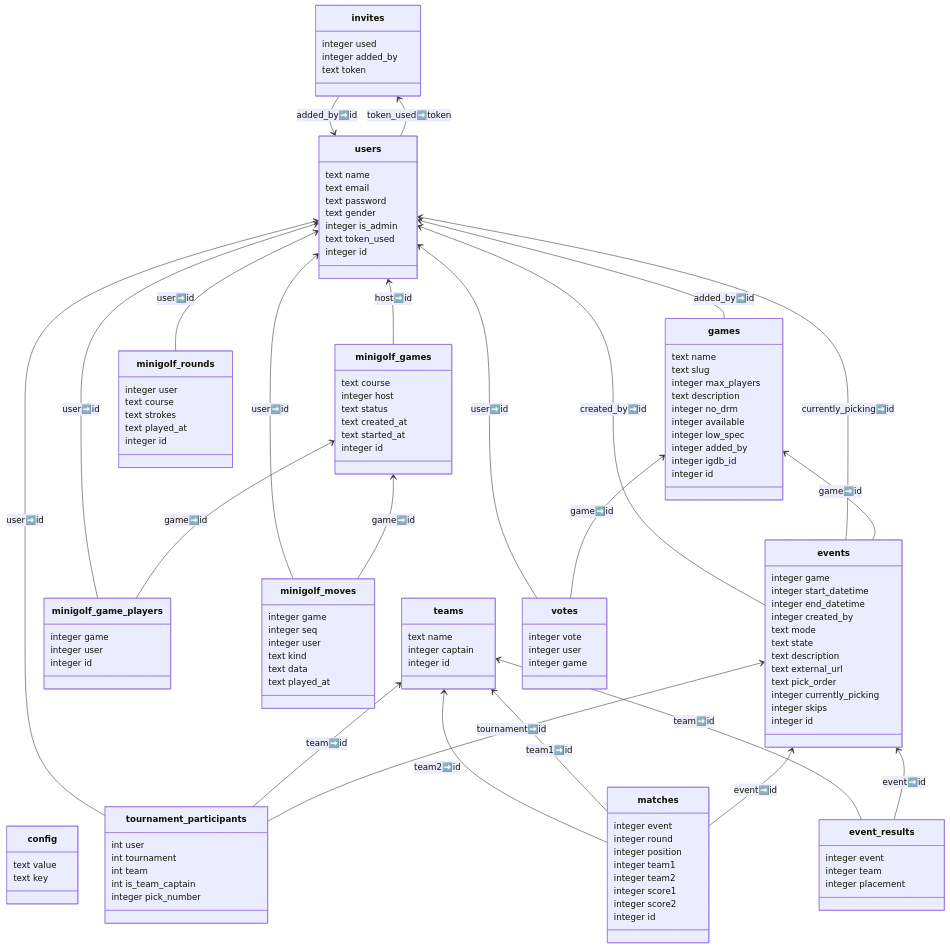
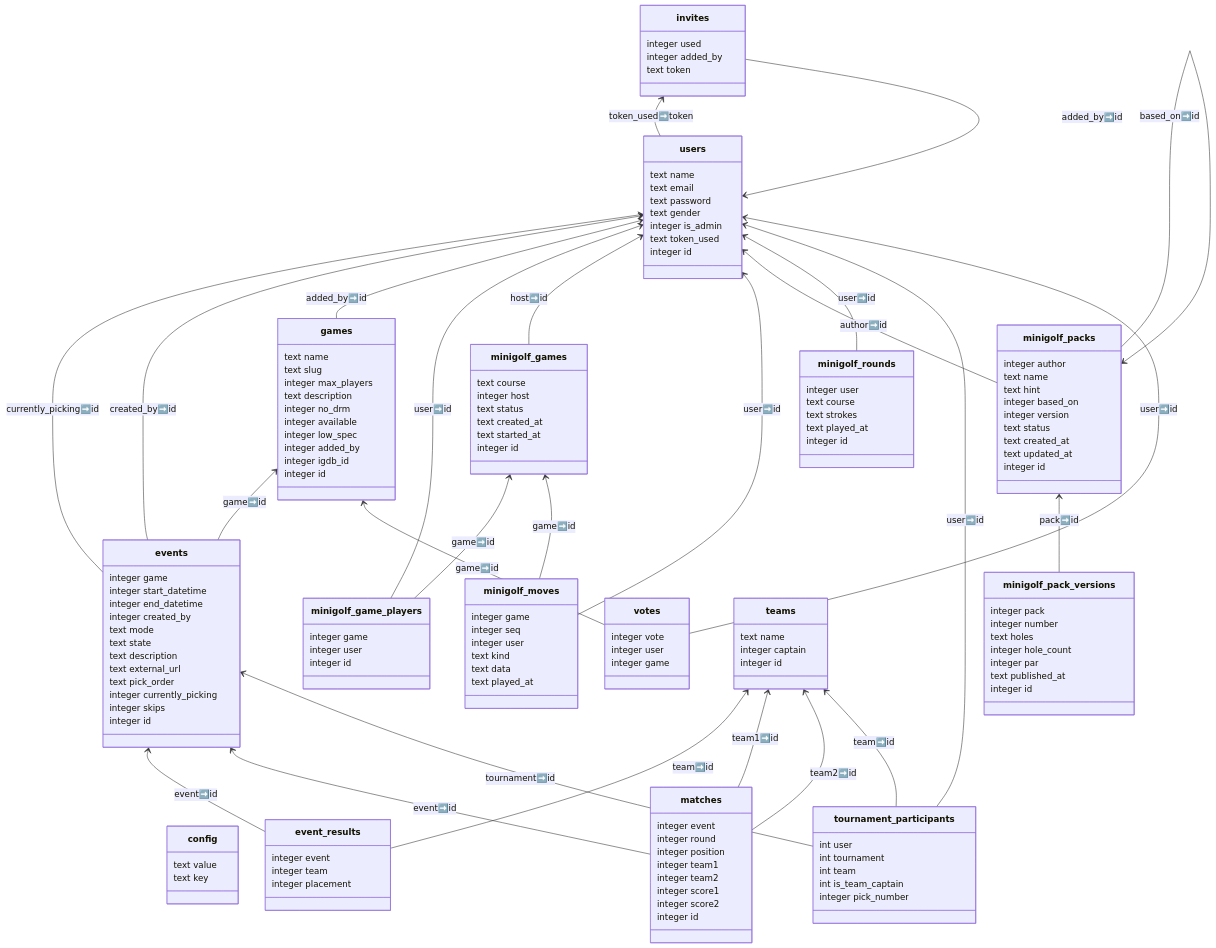
Before and after one commit to hubwoop/lol9k1: the diagram in docs/db_schema.md, drawn with Mermaid. The commit also changed 15 other files, not shown here.

First line of the commit message:
Minigolf: share map packs between players, browse, test and play them

```diff
--- a/docs/db_schema.md
+++ b/docs/db_schema.md
@@ -72,6 +72,26 @@
    text data
    text played_at
 }
+class minigolf_pack_versions {
+   integer pack
+   integer number
+   text holes
+   integer hole_count
+   integer par
+   text published_at
+   integer id
+}
+class minigolf_packs {
+   integer author
+   text name
+   text hint
+   integer based_on
+   integer version
+   text status
+   text created_at
+   text updated_at
+   integer id
+}
 class minigolf_rounds {
    integer user
    text course
@@ -121,6 +141,9 @@
 minigolf_games  -->  users : host➡️id
 minigolf_moves  -->  minigolf_games : game➡️id
 minigolf_moves  -->  users : user➡️id
+minigolf_pack_versions  -->  minigolf_packs : pack➡️id
+minigolf_packs  -->  minigolf_packs : based_on➡️id
+minigolf_packs  -->  users : author➡️id
 minigolf_rounds  -->  users : user➡️id
 tournament_participants  -->  events : tournament➡️id
 tournament_participants  -->  teams : team➡️id
```
